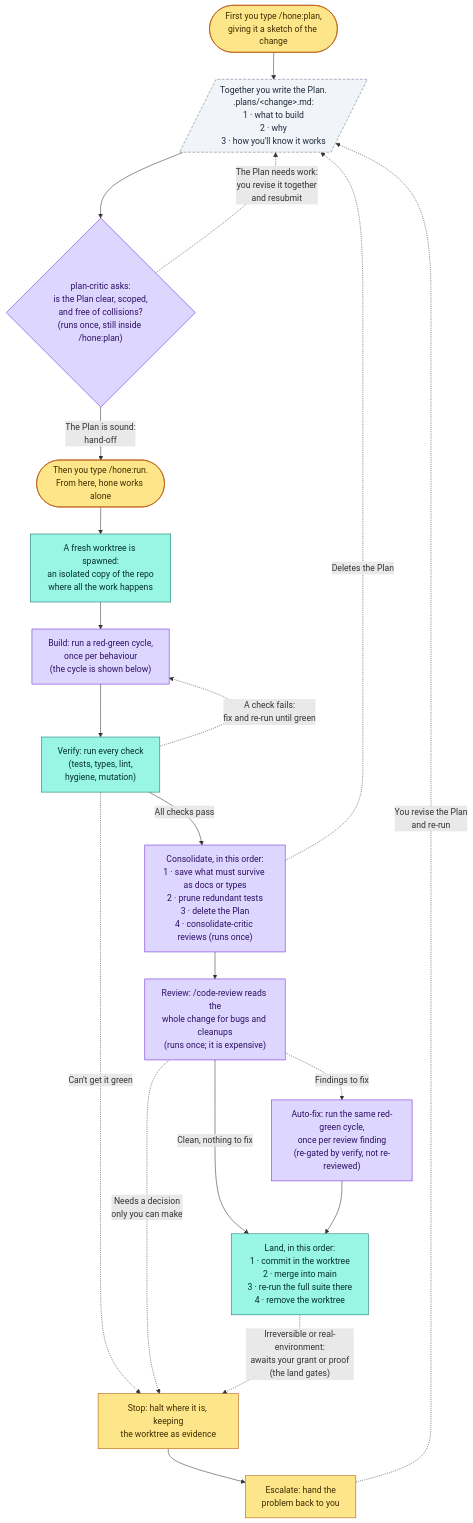
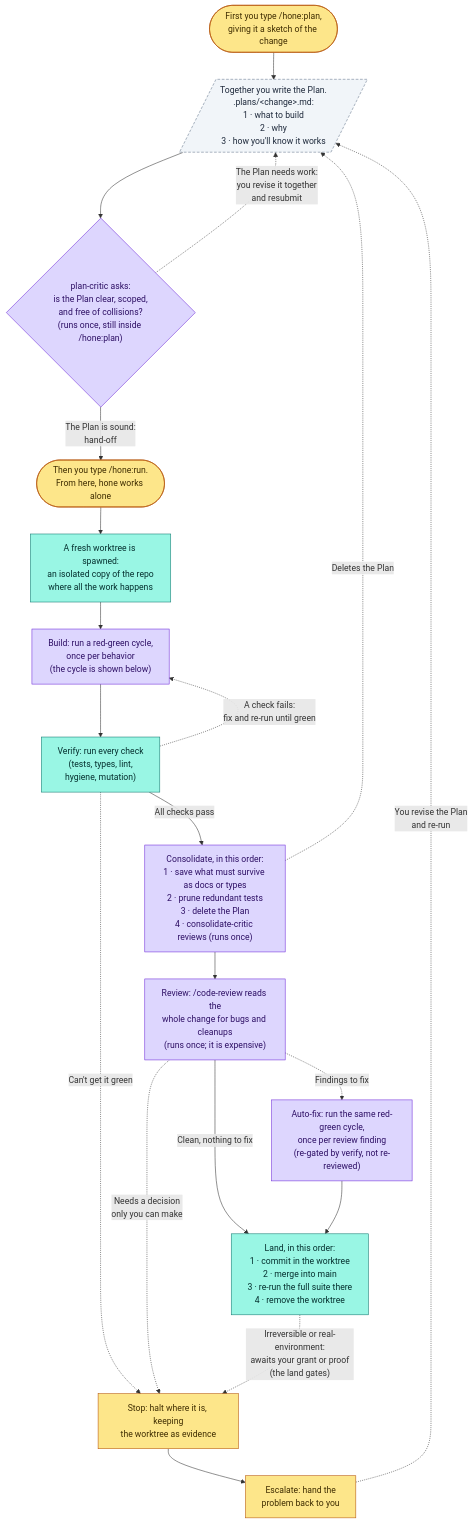
The second of 4 diagrams in docs/model.md (dominik-rehse/hone), drawn with Mermaid before and after one commit. The commit also changed other lines of this file and 21 other files, not shown here.

````diff
--- a/docs/model.md
+++ b/docs/model.md
@@ -139,45 +152,45 @@
 ```mermaid
 flowchart TD
     cmdPlan(["First you type /hone:plan,<br/>giving it a sketch of the change"])
     planFile[/"Together you write the Plan.<br/>.plans/&lt;change&gt;.md:<br/>1 · what to build<br/>2 · why<br/>3 · how you'll know it works"/]
     cmdRun(["Then you type /hone:run.<br/>From here, hone works alone"])
     admit{"plan-critic asks:<br/>is the Plan clear, scoped,<br/>and free of collisions?<br/>(runs once, still inside /hone:plan)"}
     wt["A fresh worktree is spawned:<br/>an isolated copy of the repo<br/>where all the work happens"]
-    build["Build: run a red-green cycle,<br/>once per behaviour<br/>(the cycle is shown below)"]
+    build["Build: run a red-green cycle,<br/>once per behavior<br/>(the cycle is shown below)"]
     verify["Verify: run every check<br/>(tests, types, lint,<br/>hygiene, mutation)"]
     cons["Consolidate, in this order:<br/>1 · save what must survive as docs or types<br/>2 · prune redundant tests<br/>3 · delete the Plan<br/>4 · consolidate-critic reviews (runs once)"]
     rev["Review: /code-review reads the<br/>whole change for bugs and cleanups<br/>(runs once; it is expensive)"]
     fix["Auto-fix: run the same red-green cycle,<br/>once per review finding<br/>(re-gated by verify, not re-reviewed)"]
     land["Land, in this order:<br/>1 · commit in the worktree<br/>2 · merge into main<br/>3 · re-run the full suite there<br/>4 · remove the worktree"]
     esc["Escalate: hand the<br/>problem back to you"]
     stop["Stop: halt where it is, keeping<br/>the worktree as evidence"]
 
     cmdPlan --> planFile
     planFile --> admit
     admit -->|"The Plan is sound:<br/>hand-off"| cmdRun
     admit -.->|"The Plan needs work:<br/>you revise it together<br/>and resubmit"| planFile
     cmdRun --> wt
     wt --> build
     build --> verify
     verify -->|"All checks pass"| cons
     verify -.->|"A check fails:<br/>fix and re-run until green"| build
     verify -.->|"Can't get it green"| stop
     cons --> rev
     cons -.->|"Deletes the Plan"| planFile
     rev -->|"Clean, nothing to fix"| land
     rev -.->|"Findings to fix"| fix
     fix --> land
     rev -.->|"Needs a decision<br/>only you can make"| stop
     land -.->|"Irreversible or real-environment:<br/>awaits your grant or proof<br/>(the land gates)"| stop
     stop --> esc
     esc -.->|"You revise the Plan<br/>and re-run"| planFile
 
     classDef human fill:#fde68a,stroke:#b45309,color:#3f2d00;
     classDef deterministic fill:#99f6e4,stroke:#0f766e,color:#042f2e;
     classDef stochastic fill:#ddd6fe,stroke:#6d28d9,color:#2e1065;
     classDef artifact fill:#f1f5f9,stroke:#64748b,color:#1e293b,stroke-dasharray:5 3;
     class cmdPlan,cmdRun,esc,stop human;
     class wt,verify,land deterministic;
     class admit,build,cons,rev,fix stochastic;
     class planFile artifact;
 ```
````
